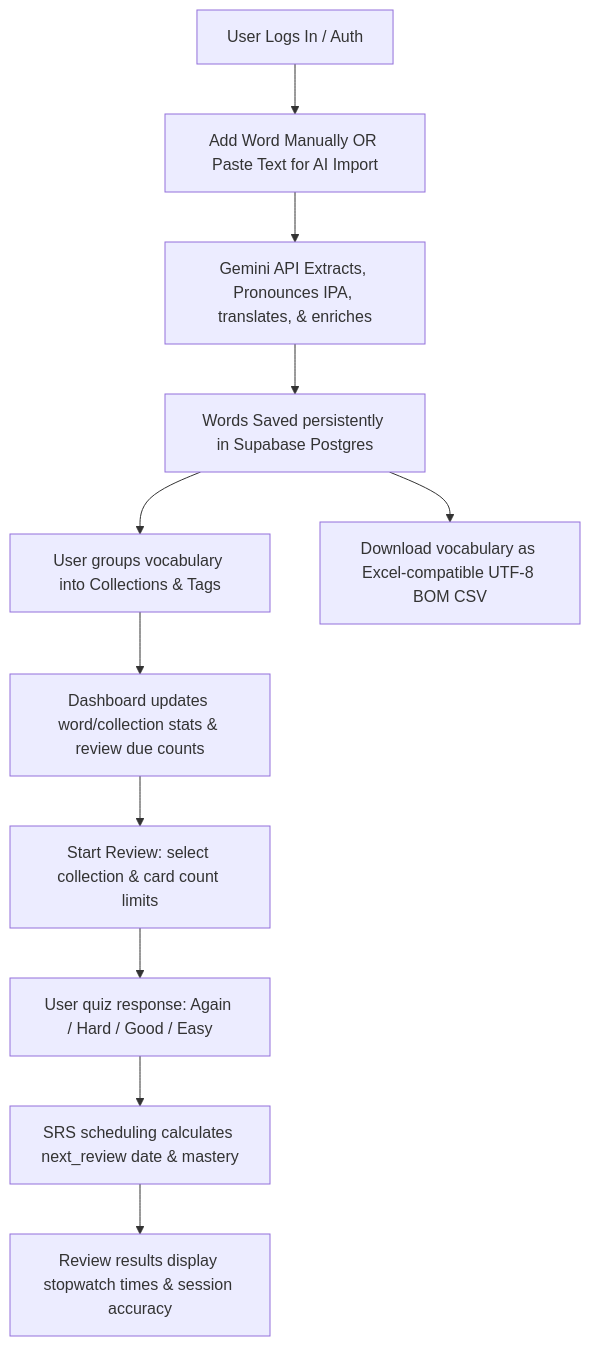
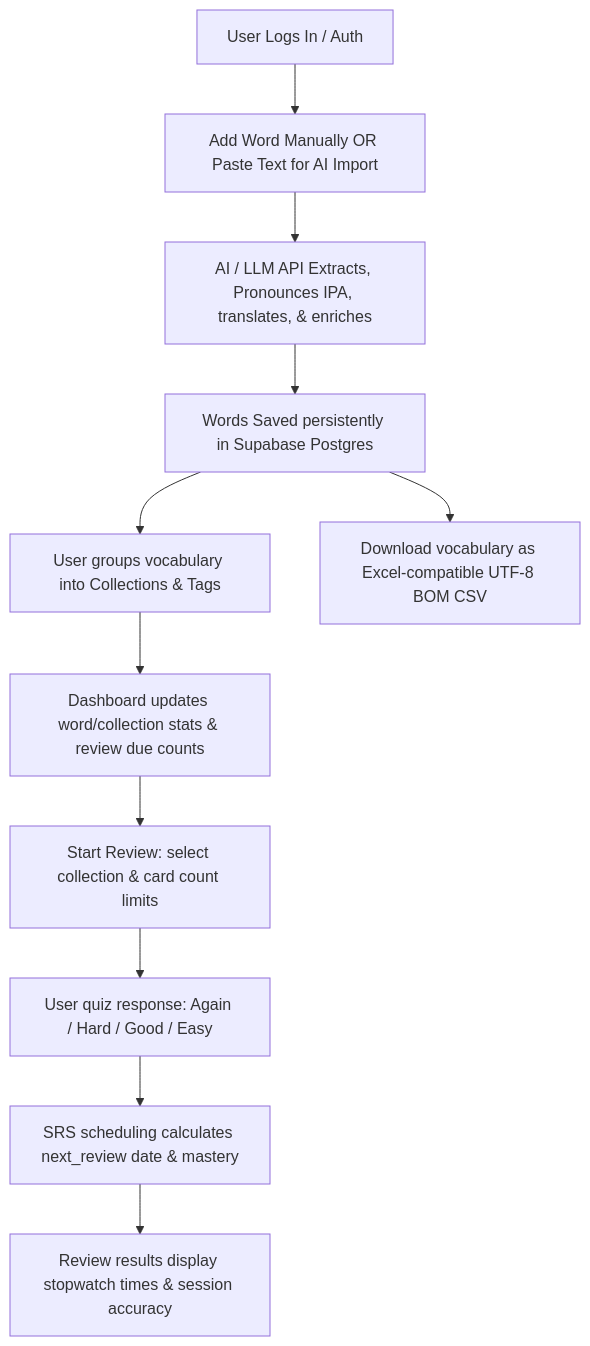
Before and after one commit to Minc118/Vocabulary-Learning-App: the diagram in README.md, drawn with Mermaid. The commit also changed other lines of this file, not shown here.

````diff
--- a/README.md
+++ b/README.md
@@ -83,13 +83,13 @@
 ```mermaid
 graph TD
     A[User Logs In / Auth] --> B[Add Word Manually OR Paste Text for AI Import]
-    B --> C[Gemini API Extracts, Pronounces IPA, translates, & enriches]
+    B --> C[AI / LLM API Extracts, Pronounces IPA, translates, & enriches]
     C --> D[Words Saved persistently in Supabase Postgres]
     D --> E[User groups vocabulary into Collections & Tags]
     E --> F[Dashboard updates word/collection stats & review due counts]
     F --> G[Start Review: select collection & card count limits]
     G --> H[User quiz response: Again / Hard / Good / Easy]
     H --> I[SRS scheduling calculates next_review date & mastery]
     I --> J[Review results display stopwatch times & session accuracy]
     D --> K[Download vocabulary as Excel-compatible UTF-8 BOM CSV]
 ```
````
